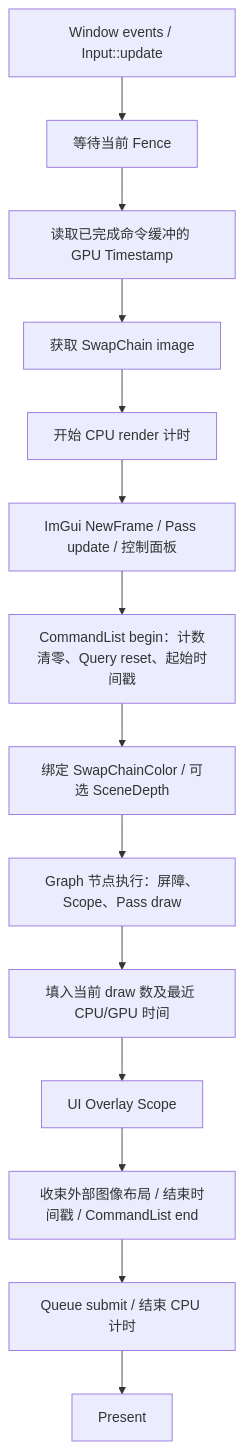
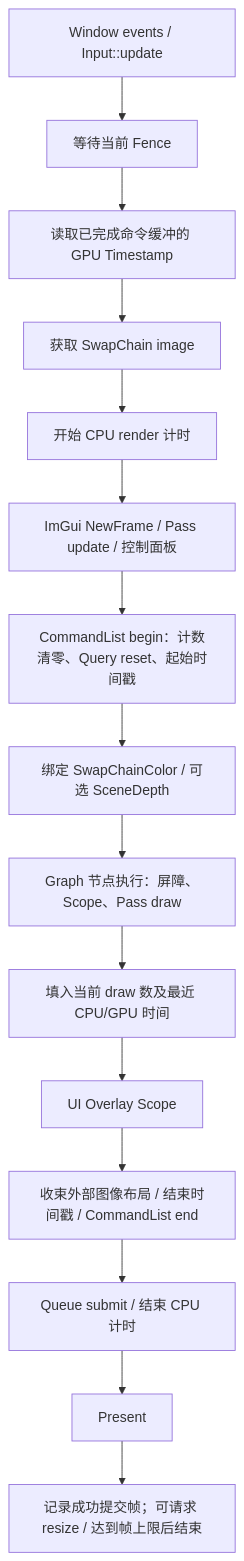
One commit to Cyberyb/KuEngine changed the diagram in docs/design/06-core-runtime.md. Above: the diagram before and after it, drawn with Mermaid. The commit also changed other lines of this file and 71 other files, not shown here.

````diff
--- a/docs/design/06-core-runtime.md
+++ b/docs/design/06-core-runtime.md
@@ -26,19 +30,21 @@
 ```mermaid
 flowchart TD
     Events["Window events / Input::update"]
     Wait["等待当前 Fence"]
     Query["读取已完成命令缓冲的 GPU Timestamp"]
     Acquire["获取 SwapChain image"]
     CPU["开始 CPU render 计时"]
     UI["ImGui NewFrame / Pass update / 控制面板"]
     Begin["CommandList begin：计数清零、Query reset、起始时间戳"]
     Bind["绑定 SwapChainColor / 可选 SceneDepth"]
     Graph["Graph 节点执行：屏障、Scope、Pass draw"]
     Stats["填入当前 draw 数及最近 CPU/GPU 时间"]
     Overlay["UI Overlay Scope"]
     Final["收束外部图像布局 / 结束时间戳 / CommandList end"]
     Submit["Queue submit / 结束 CPU 计时"]
     Present["Present"]
+    Decision["记录成功提交帧；可请求 resize / 达到帧上限后结束"]
     Events --> Wait --> Query --> Acquire --> CPU --> UI --> Begin
     Begin --> Bind --> Graph --> Stats --> Overlay --> Final --> Submit --> Present
+    Present --> Decision
 ```
````
